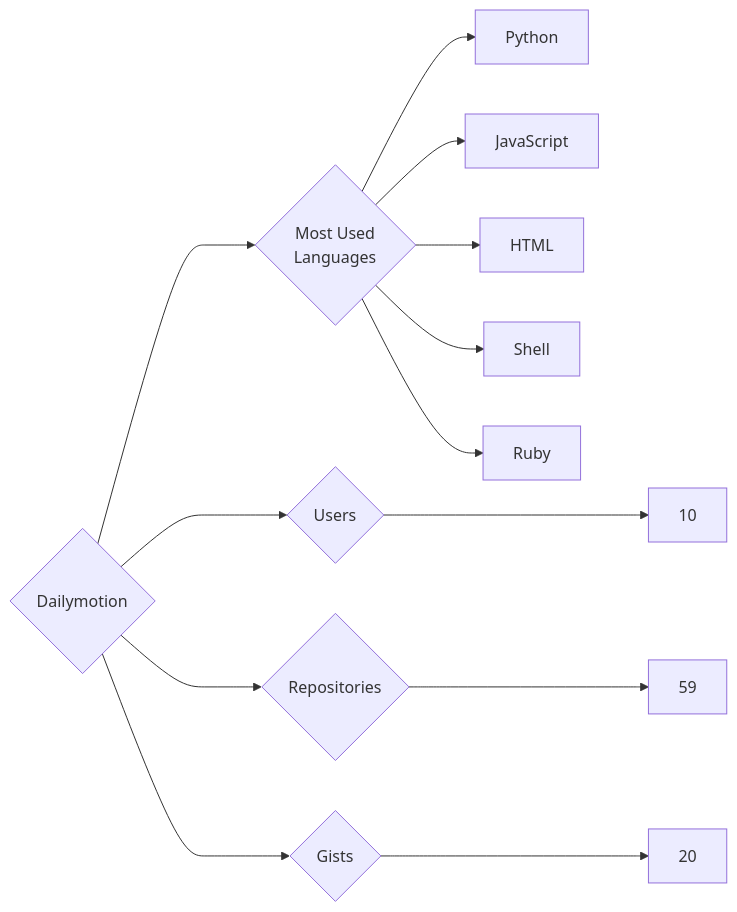
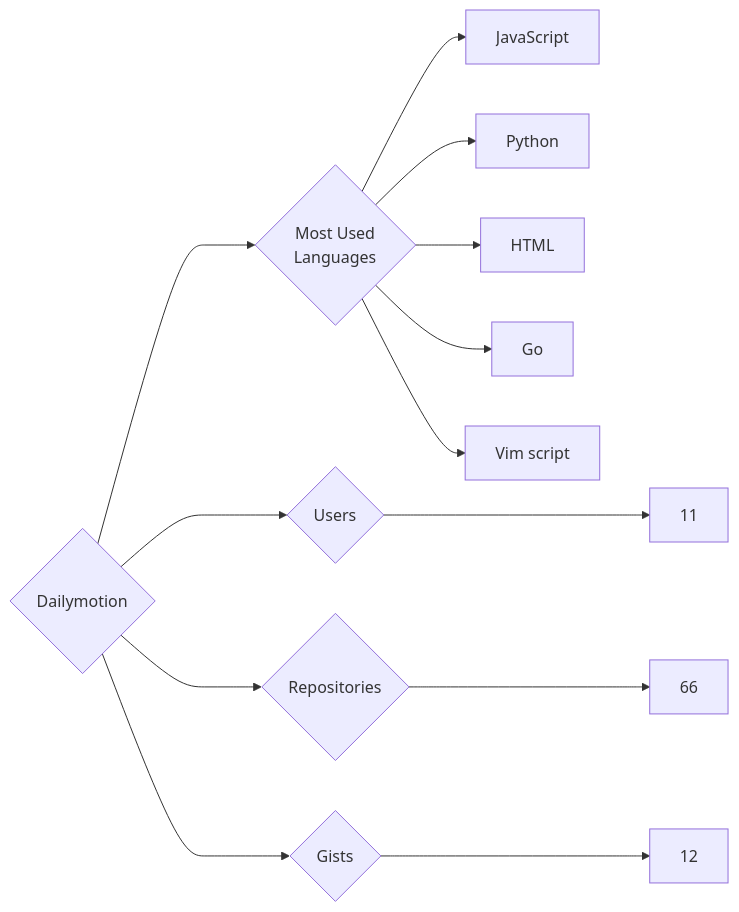
Before and after one commit to trickest/insiders: the diagram in targets/Dailymotion/README.md, drawn with Mermaid. The commit also changed 838 other files, not shown here.

````diff
--- a/targets/Dailymotion/README.md
+++ b/targets/Dailymotion/README.md
@@ -3,13 +3,13 @@
 ```mermaid
 graph LR
 COMPANY_NAME{Dailymotion}
-COMPANY_NAME ---> U{Users} ---> UN[10]
-COMPANY_NAME ---> R{Repositories} ---> RN[59]
-COMPANY_NAME ---> G{Gists} ---> GN[20]
+COMPANY_NAME ---> U{Users} ---> UN[11]
+COMPANY_NAME ---> R{Repositories} ---> RN[66]
+COMPANY_NAME ---> G{Gists} ---> GN[12]
 COMPANY_NAME ---> ML{Most Used<br>Languages}
+ML --> JavaScript[JavaScript]
 ML --> Python[Python]
-ML --> JavaScript[JavaScript]
 ML --> HTML[HTML]
-ML --> Shell[Shell]
-ML --> Ruby[Ruby]
+ML --> Go[Go]
+ML --> Vim_script[Vim script]
 ```
````
